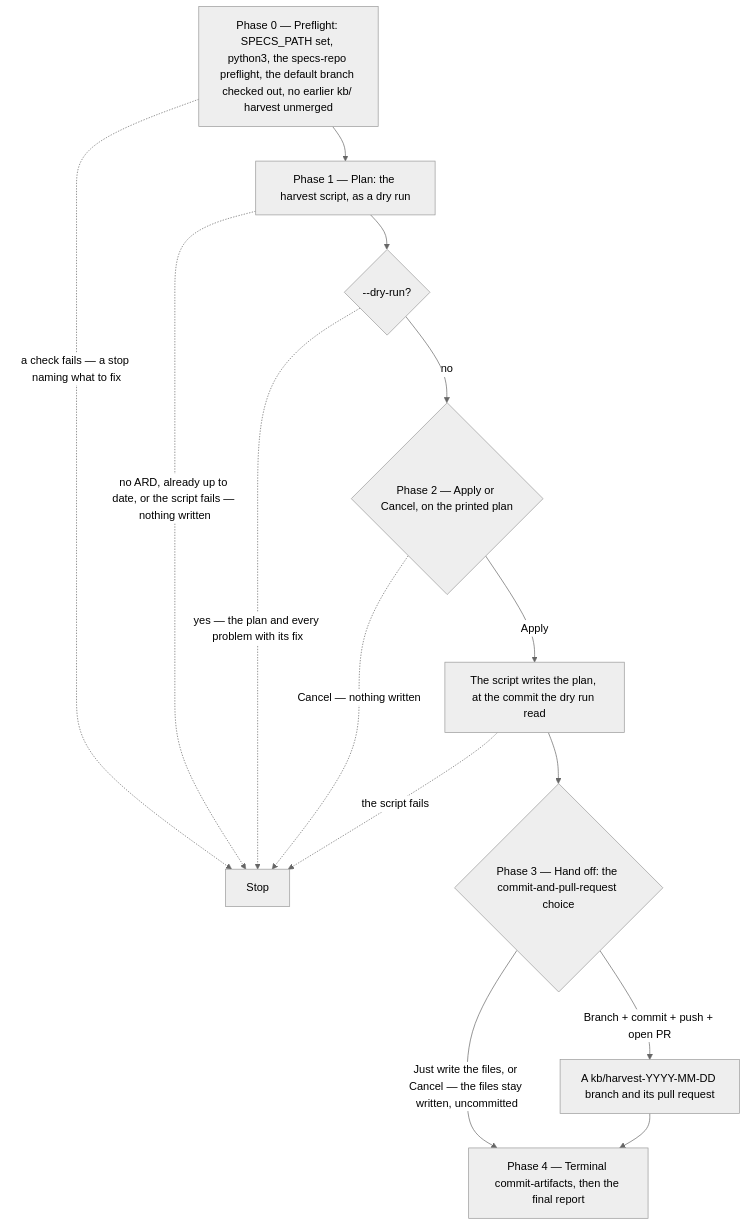
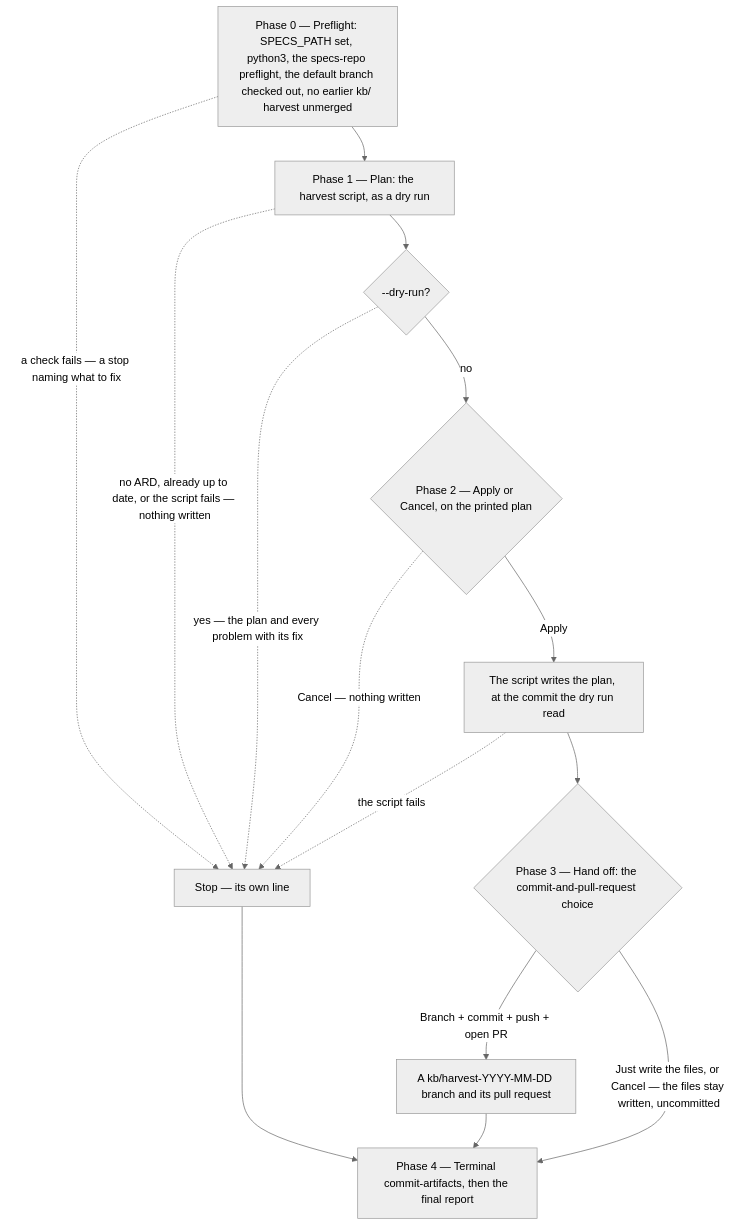
Before and after one commit to ihudak/ai-workflows: the diagram in plugins/product-workflows/docs/commands/harvest-decisions.md, drawn with Mermaid (neutral theme). The commit also changed other lines of this file and 77 other files, not shown here.

````diff
--- a/plugins/product-workflows/docs/commands/harvest-decisions.md
+++ b/plugins/product-workflows/docs/commands/harvest-decisions.md
@@ -21,17 +21,18 @@
 ```mermaid
 flowchart TD
     p0["Phase 0 — Preflight: SPECS_PATH set, python3, the specs-repo preflight, the default branch checked out, no earlier kb/ harvest unmerged"]
-    p0 -.->|"a check fails — a stop naming what to fix"| halt["Stop"]
+    p0 -.->|"a check fails — a stop naming what to fix"| halt["Stop — its own line"]
     p0 --> p1["Phase 1 — Plan: the harvest script, as a dry run"]
     p1 -.->|"no ARD, already up to date, or the script fails — nothing written"| halt
     p1 --> d1{"--dry-run?"}
     d1 -.->|"yes — the plan and every problem with its fix"| halt
     d1 -->|"no"| p2{"Phase 2 — Apply or Cancel, on the printed plan"}
     p2 -.->|"Cancel — nothing written"| halt
     p2 -->|"Apply"| wr["The script writes the plan, at the commit the dry run read"]
     wr -.->|"the script fails"| halt
     wr --> p3{"Phase 3 — Hand off: the commit-and-pull-request choice"}
     p3 -->|"Branch + commit + push + open PR"| pr["A kb/harvest-YYYY-MM-DD branch and its pull request"]
     p3 -->|"Just write the files, or Cancel — the files stay written, uncommitted"| p4
     pr --> p4["Phase 4 — Terminal commit-artifacts, then the final report"]
+    halt --> p4
 ```
````
